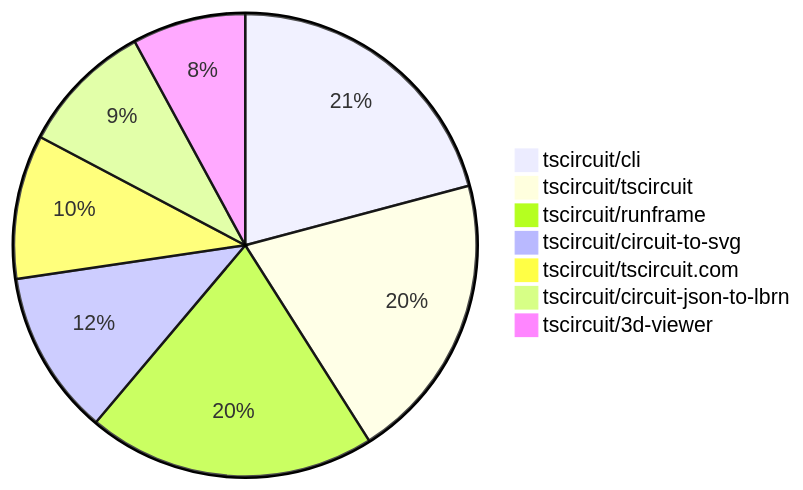
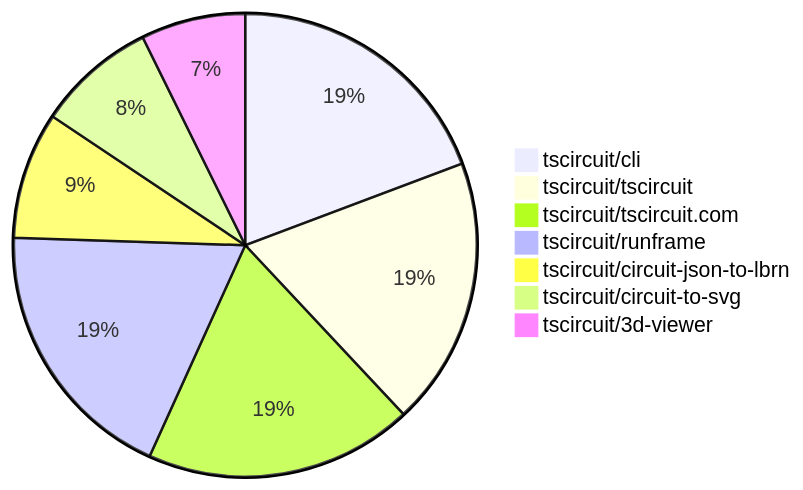
Before and after one commit to tscircuit/contribution-tracker: the second of 2 diagrams in README.md, drawn with Mermaid. The commit also changed other lines of this file and 3 other files, not shown here.

````diff
--- a/README.md
+++ b/README.md
@@ -125,10 +125,10 @@
 ```mermaid
 pie
-    "tscircuit/cli" : 29
-    "tscircuit/tscircuit" : 28
-    "tscircuit/runframe" : 28
+    "tscircuit/cli" : 37
+    "tscircuit/tscircuit" : 36
+    "tscircuit/tscircuit.com" : 36
+    "tscircuit/runframe" : 36
+    "tscircuit/circuit-json-to-lbrn" : 17
     "tscircuit/circuit-to-svg" : 16
-    "tscircuit/tscircuit.com" : 14
-    "tscircuit/circuit-json-to-lbrn" : 13
-    "tscircuit/3d-viewer" : 11
+    "tscircuit/3d-viewer" : 14
 ```
````
